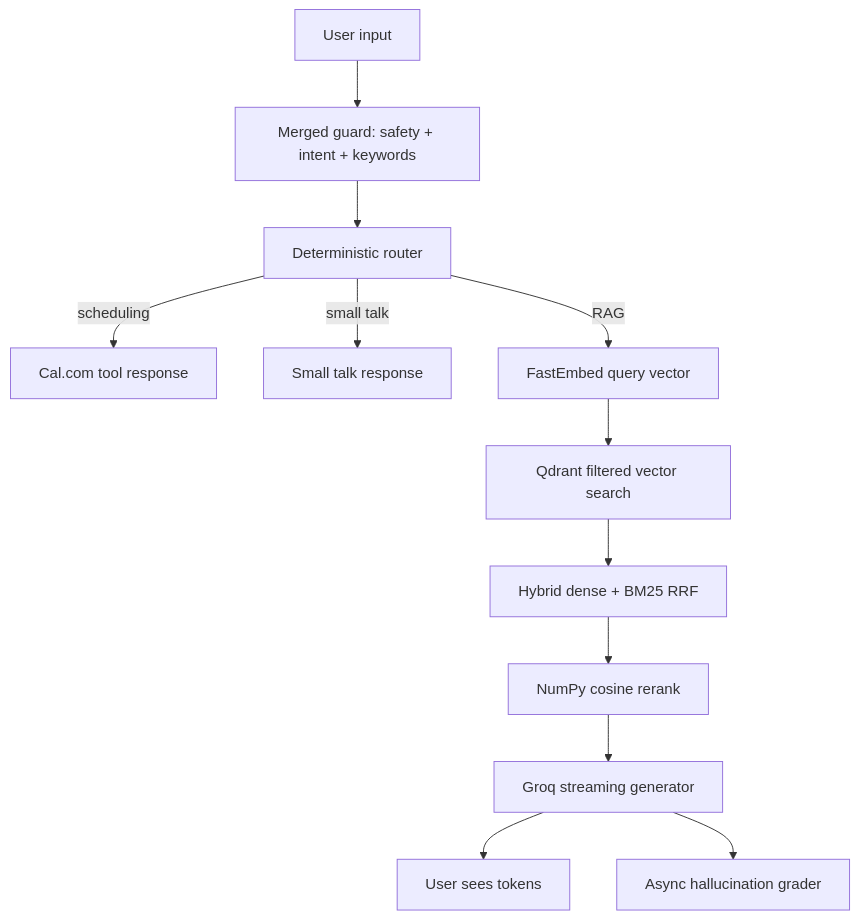
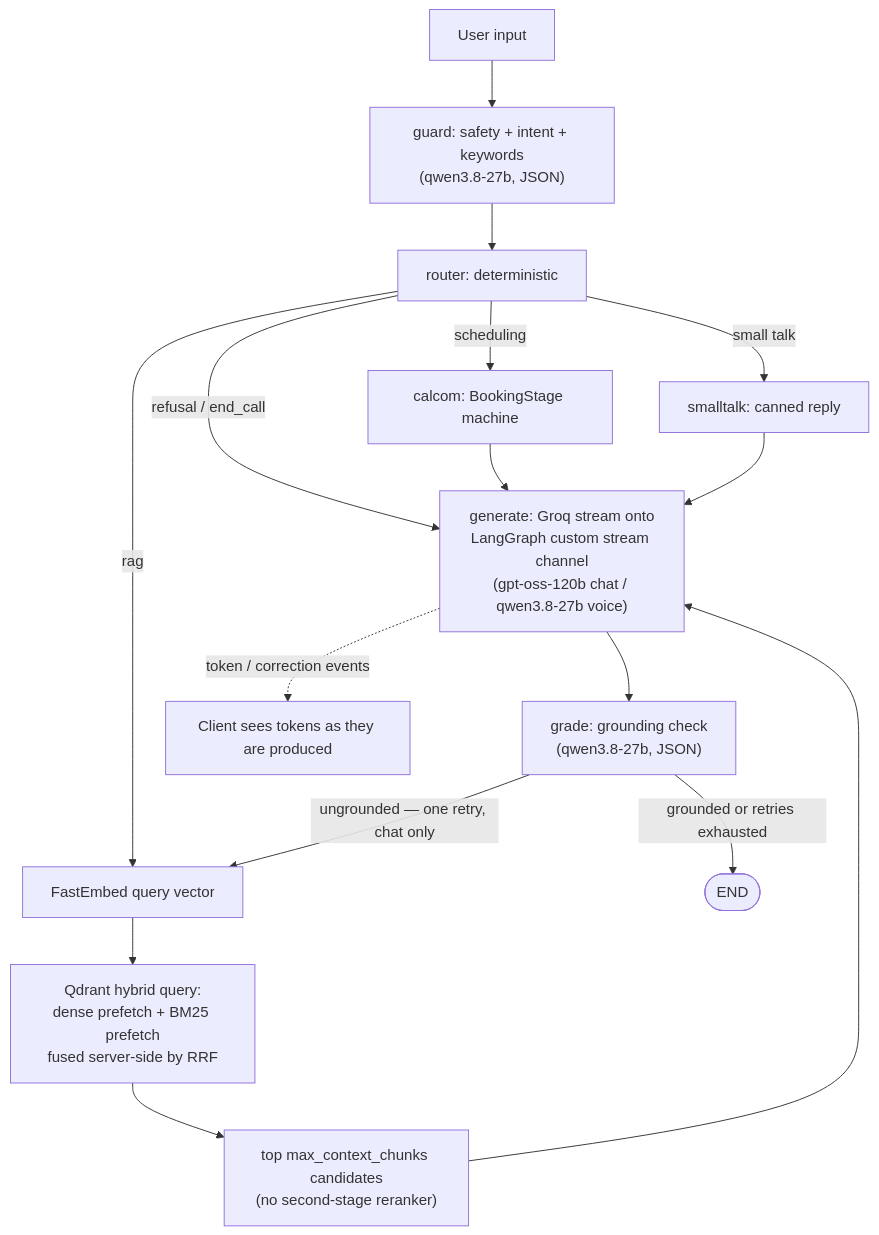
The diagram in docs/ARCHITECTURE.md (Tejasv-bhalla/AI_Persona), drawn with Mermaid before and after one commit. The commit also changed other lines of this file and 9 other files, not shown here.

````diff
--- a/docs/ARCHITECTURE.md
+++ b/docs/ARCHITECTURE.md
@@ -3,14 +7,19 @@
 ```mermaid
 flowchart TD
-  A["User input"] --> B["Merged guard: safety + intent + keywords"]
-  B --> C["Deterministic router"]
-  C -->|scheduling| D["Cal.com tool response"]
-  C -->|small talk| E["Small talk response"]
-  C -->|RAG| F["FastEmbed query vector"]
-  F --> G["Qdrant filtered vector search"]
-  G --> H["Hybrid dense + BM25 RRF"]
-  H --> L["NumPy cosine rerank"]
-  L --> I["Groq streaming generator"]
-  I --> J["User sees tokens"]
-  I --> K["Async hallucination grader"]
+  A["User input"] --> B["guard: safety + intent + keywords\n(qwen3.8-27b, JSON)"]
+  B --> C["router: deterministic"]
+  G["generate: Groq stream onto\nLangGraph custom stream channel\n(gpt-oss-120b chat / qwen3.8-27b voice)"]
+  C -->|scheduling| D["calcom: BookingStage machine"]
+  C -->|small talk| E["smalltalk: canned reply"]
+  C -->|"refusal / end_call"| G
+  C -->|rag| F["FastEmbed query vector"]
+  F --> H["Qdrant hybrid query:\ndense prefetch + BM25 prefetch\nfused server-side by RRF"]
+  H --> I["top max_context_chunks candidates\n(no second-stage reranker)"]
+  I --> G
+  D --> G
+  E --> G
+  G --> J["grade: grounding check\n(qwen3.8-27b, JSON)"]
+  J -->|"ungrounded — one retry, chat only"| F
+  J -->|"grounded or retries exhausted"| K(["END"])
+  G -.->|"token / correction events"| L["Client sees tokens as they are produced"]
 ```
````
